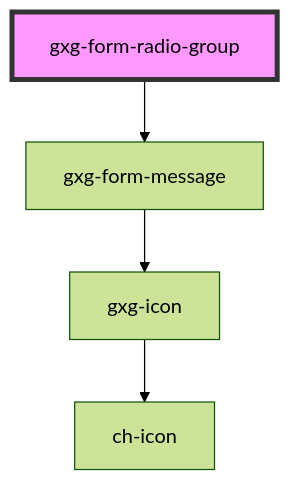
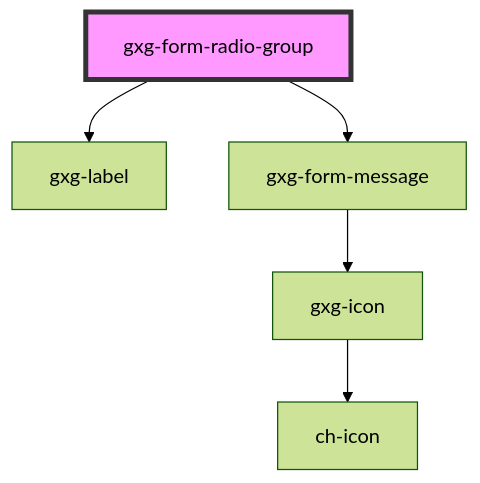
One commit to genexuslabs/gemini changed the diagram in src/components/form-radio-group/readme.md. Above: the diagram before and after it, drawn with Mermaid (forest theme). The commit also changed other lines of this file and 59 other files, not shown here.

Commit message:
update "label" with "gxg-label"

````diff
--- a/src/components/form-radio-group/readme.md
+++ b/src/components/form-radio-group/readme.md
@@ -21,7 +22,8 @@
 ```mermaid
 graph TD;
+  gxg-form-radio-group --> gxg-label
   gxg-form-radio-group --> gxg-form-message
   gxg-form-message --> gxg-icon
   gxg-icon --> ch-icon
   style gxg-form-radio-group fill:#f9f,stroke:#333,stroke-width:4px
 ```
````
